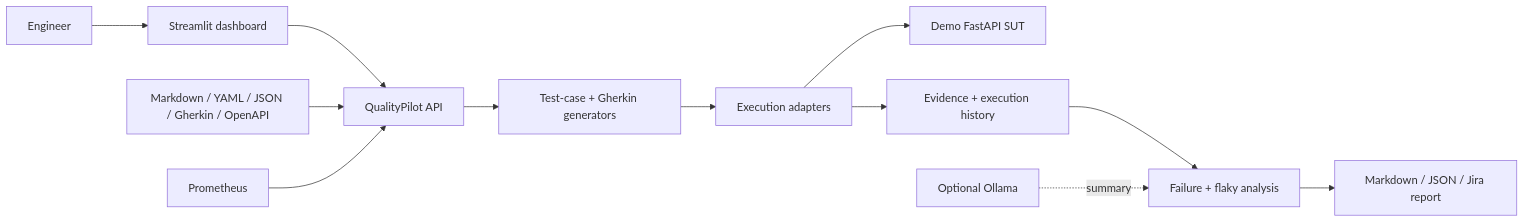
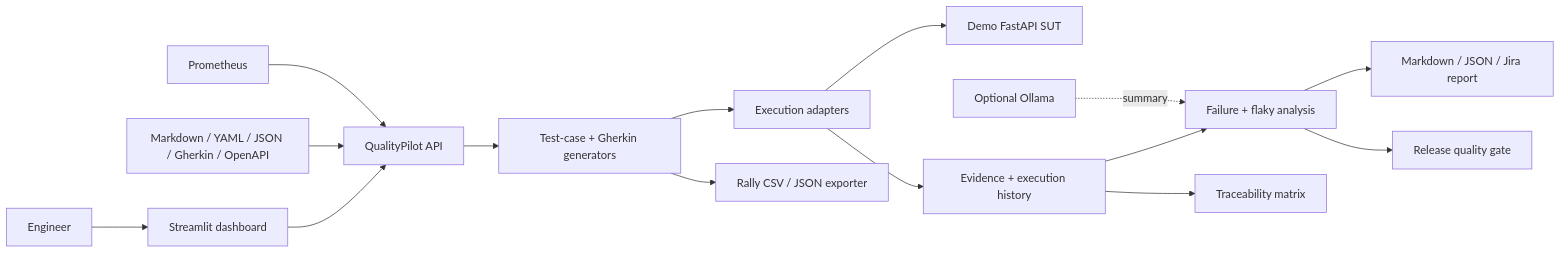
The first of 2 diagrams in ARCHITECTURE.md (virinchisai/QualityPilot), drawn with Mermaid before and after one commit. The commit also changed other lines of this file and 38 other files, not shown here.

First line of the commit message:
Release QualityPilot v1.0.0 portfolio MVP (#1)

````diff
--- a/ARCHITECTURE.md
+++ b/ARCHITECTURE.md
@@ -5,14 +5,17 @@
 ```mermaid
 flowchart LR
   U[Engineer] --> D[Streamlit dashboard]
   D --> Q[QualityPilot API]
   R[Markdown / YAML / JSON / Gherkin / OpenAPI] --> Q
   Q --> G[Test-case + Gherkin generators]
   G --> X[Execution adapters]
   X --> S[Demo FastAPI SUT]
   X --> E[Evidence + execution history]
   E --> A[Failure + flaky analysis]
   A --> P[Markdown / JSON / Jira report]
+  G --> Y[Rally CSV / JSON exporter]
+  E --> T[Traceability matrix]
+  A --> RG[Release quality gate]
   O[Optional Ollama] -. summary .-> A
   M[Prometheus] --> Q
 ```
````
